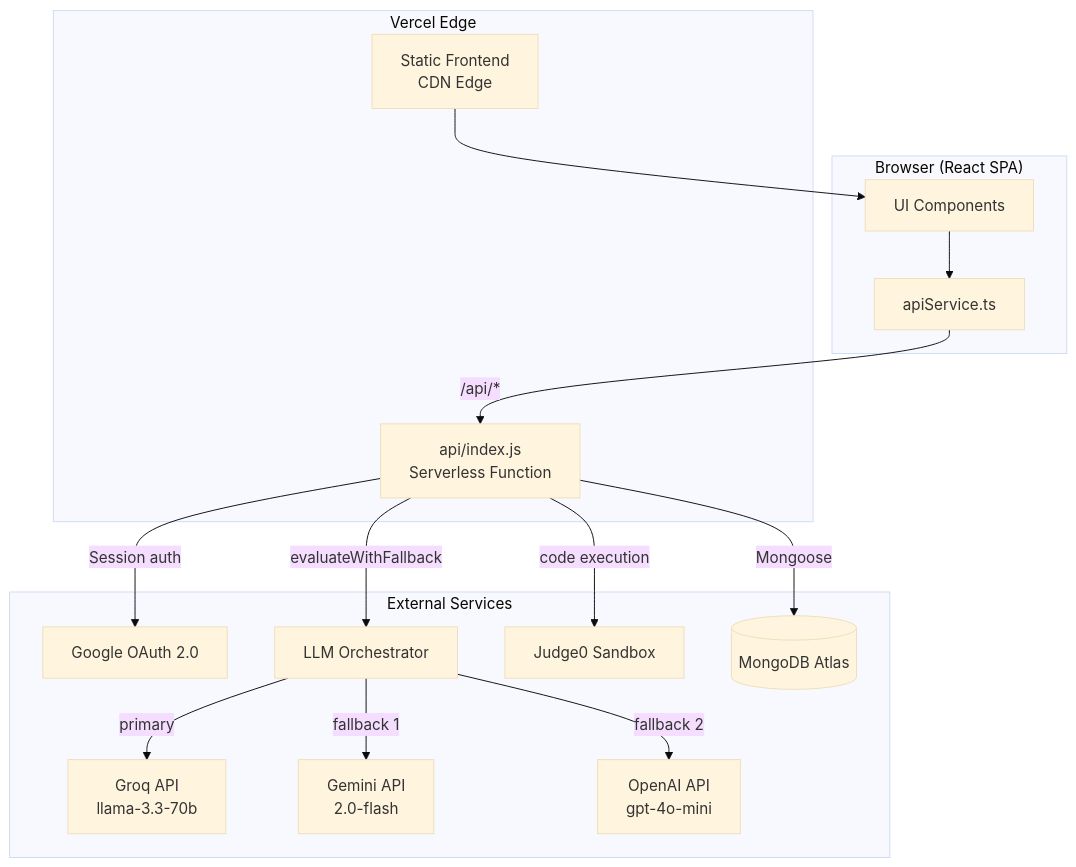
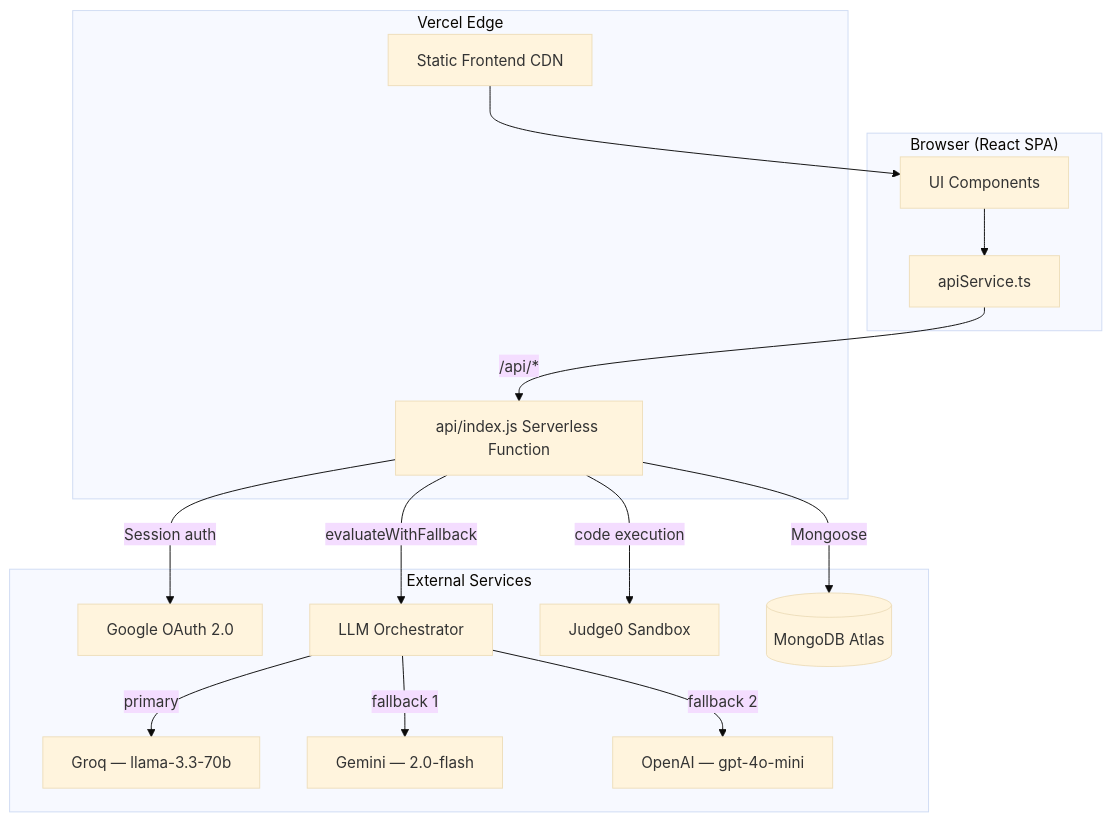
Before and after one commit to Oratias07/CHAM-Agent: the diagram in README.md, drawn with Mermaid (base theme). The commit also changed other lines of this file and 15 other files, not shown here.

````diff
--- a/README.md
+++ b/README.md
@@ -94,33 +87,33 @@
 ```mermaid
 graph TD
     subgraph Client ["Browser (React SPA)"]
         UI[UI Components]
         API_SVC[apiService.ts]
     end
 
     subgraph Vercel ["Vercel Edge"]
-        STATIC[Static Frontend\nCDN Edge]
-        FN[api/index.js\nServerless Function]
+        STATIC[Static Frontend CDN]
+        FN[api/index.js Serverless Function]
     end
 
     subgraph External ["External Services"]
         GOOGLE_OAUTH[Google OAuth 2.0]
         ORCH[LLM Orchestrator]
-        GROQ[Groq API\nllama-3.3-70b]
-        GEMINI[Gemini API\n2.0-flash]
-        OPENAI[OpenAI API\ngpt-4o-mini]
+        GROQ[Groq — llama-3.3-70b]
+        GEMINI[Gemini — 2.0-flash]
+        OPENAI[OpenAI — gpt-4o-mini]
         JUDGE0[Judge0 Sandbox]
         MONGO[(MongoDB Atlas)]
     end
 
     UI --> API_SVC
     API_SVC -->|/api/*| FN
     FN -->|Session auth| GOOGLE_OAUTH
     FN -->|evaluateWithFallback| ORCH
     ORCH -->|primary| GROQ
     ORCH -->|fallback 1| GEMINI
     ORCH -->|fallback 2| OPENAI
     FN -->|code execution| JUDGE0
     FN -->|Mongoose| MONGO
     STATIC --> UI
 ```
````
